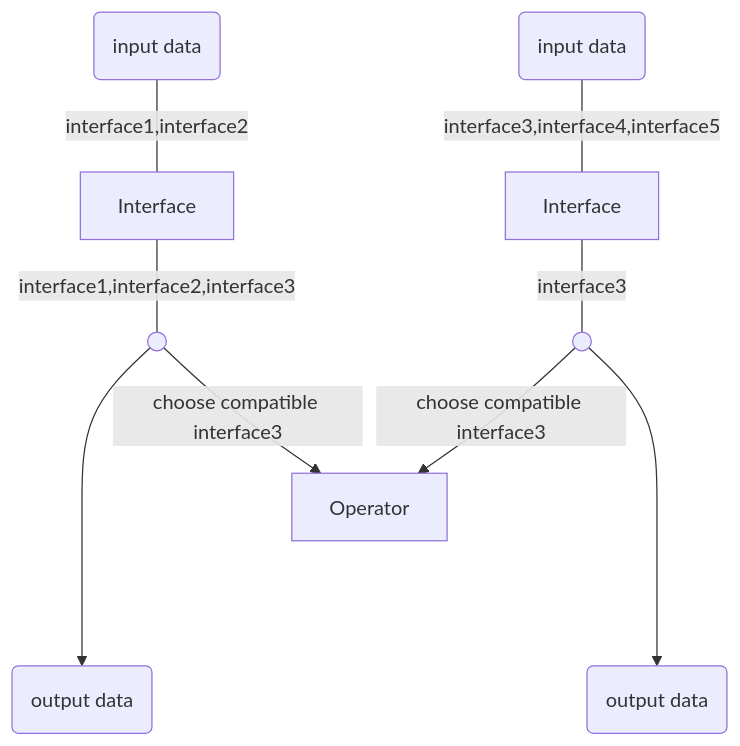
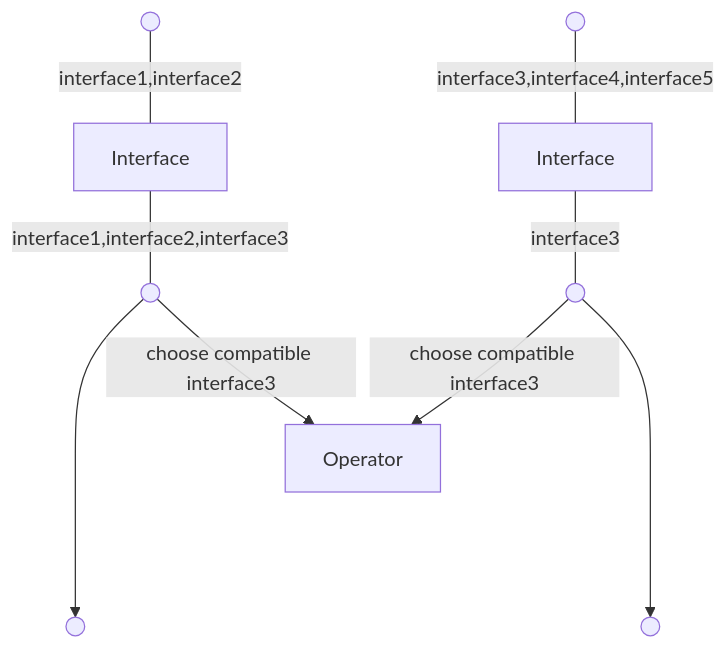
One commit to windwhiterain/Elf changed the sixth of 18 diagrams in readme.md. Above: the diagram before and after it, drawn with Mermaid. The commit also changed other lines of this file, not shown here.

````diff
--- a/readme.md
+++ b/readme.md
@@ -180,15 +189,15 @@
 ```mermaid
 graph TB
-    in(input data)
-    in2(input data)
-    out(output data)
-    out2(output data)
+    in(( ))
+    in2(( ))
+    out(( ))
+    out2(( ))
     int[Interface]
     int2[Interface]
     op[Operator]
     o1(( ))
     o2(( ))
     in--interface1,interface2--- int--interface1,interface2,interface3--- o1---->out
     o2 & o1--choose compatible interface3-->op
     in2--interface3,interface4,interface5--- int2--interface3--- o2---->out2
 ```
````
